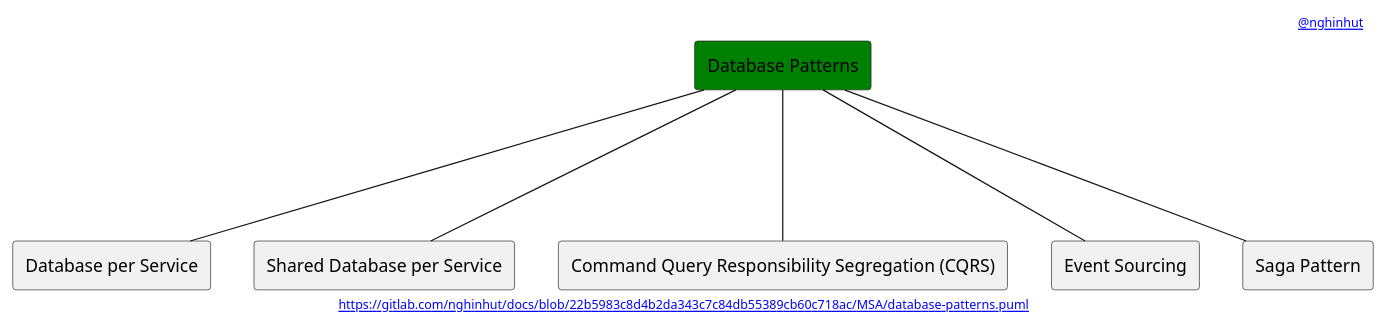
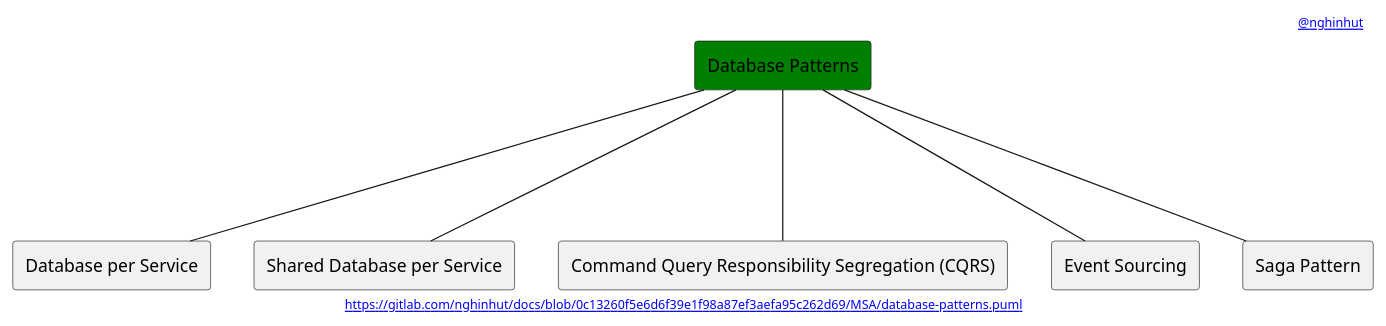
The diagram in MSA/database-patterns.puml (nghinhut/docs), drawn with PlantUML before and after one commit. The commit also changed 47 other files, not shown here.

```diff
--- a/MSA/database-patterns.puml
+++ b/MSA/database-patterns.puml
@@ -1,20 +1,20 @@
 @startuml
 '-----START auto generated metadata please keep comment here to allow auto update-----
 '-----DON'T EDIT THIS SECTION, INSTEAD RE-RUN prebuild.sh TO UPDATE-----
-header [[https://www.nghinhut.dev?from=http%5C%3A%5C%2F%5C%2Fwww%5C.plantuml%5C.com%5C%2Fplantuml%5C%2Fproxy%3Ffmt%3Dsvg%5C%26src%3Dhttps%5C%3A%5C%2F%5C%2Fgitlab%5C.com%5C%2Fnghinhut%5C%2Fdocs%5C%2Fraw%5C%2F22b5983c8d4b2da343c7c84db55389cb60c718ac%5C%2FMSA%5C%2Fdatabase-patterns%5C.puml%0A @nghinhut]]
-footer [[http://www.plantuml.com/plantuml/proxy?fmt=svg&src=https://gitlab.com/nghinhut/docs/raw/22b5983c8d4b2da343c7c84db55389cb60c718ac/MSA/database-patterns.puml https://gitlab.com/nghinhut/docs/blob/22b5983c8d4b2da343c7c84db55389cb60c718ac/MSA/database-patterns.puml]]
+header [[https://www.nghinhut.dev?from=http%5C%3A%5C%2F%5C%2Fwww%5C.plantuml%5C.com%5C%2Fplantuml%5C%2Fproxy%3Ffmt%3Dsvg%5C%26src%3Dhttps%5C%3A%5C%2F%5C%2Fgitlab%5C.com%5C%2Fnghinhut%5C%2Fdocs%5C%2Fraw%5C%2F0c13260f5e6d6f39e1f98a87ef3aefa95c262d69%5C%2FMSA%5C%2Fdatabase-patterns%5C.puml%0A @nghinhut]]
+footer [[http://www.plantuml.com/plantuml/proxy?fmt=svg&src=https://gitlab.com/nghinhut/docs/raw/0c13260f5e6d6f39e1f98a87ef3aefa95c262d69/MSA/database-patterns.puml https://gitlab.com/nghinhut/docs/blob/0c13260f5e6d6f39e1f98a87ef3aefa95c262d69/MSA/database-patterns.puml]]
 '-----END auto generated metadata please keep comment here to allow auto update-----
 
 rectangle "Database Patterns" as Database #green
 
 rectangle "Database per Service" as DatabaseP1
 rectangle "Shared Database per Service" as DatabaseP2
 rectangle "Command Query Responsibility Segregation (CQRS)" as DatabaseP3
 rectangle "Event Sourcing" as DatabaseP4
 rectangle "Saga Pattern" as DatabaseP5
 Database --- DatabaseP1
 Database --- DatabaseP2
 Database --- DatabaseP3
 Database --- DatabaseP4
 Database --- DatabaseP5
 @enduml
```
